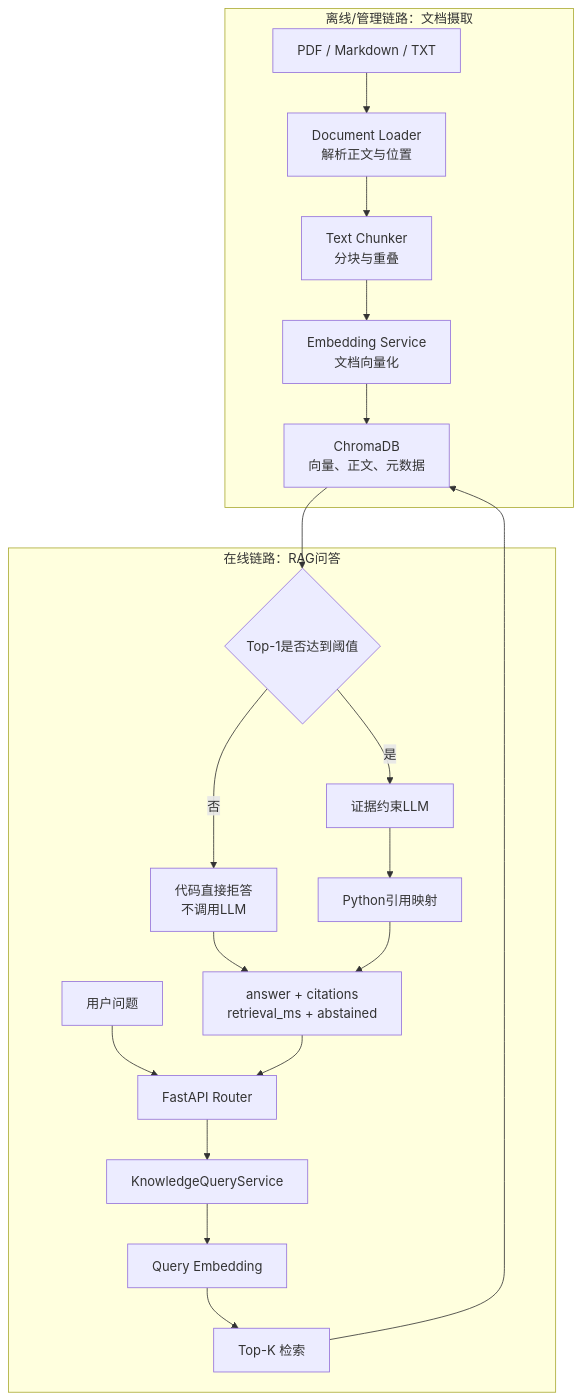
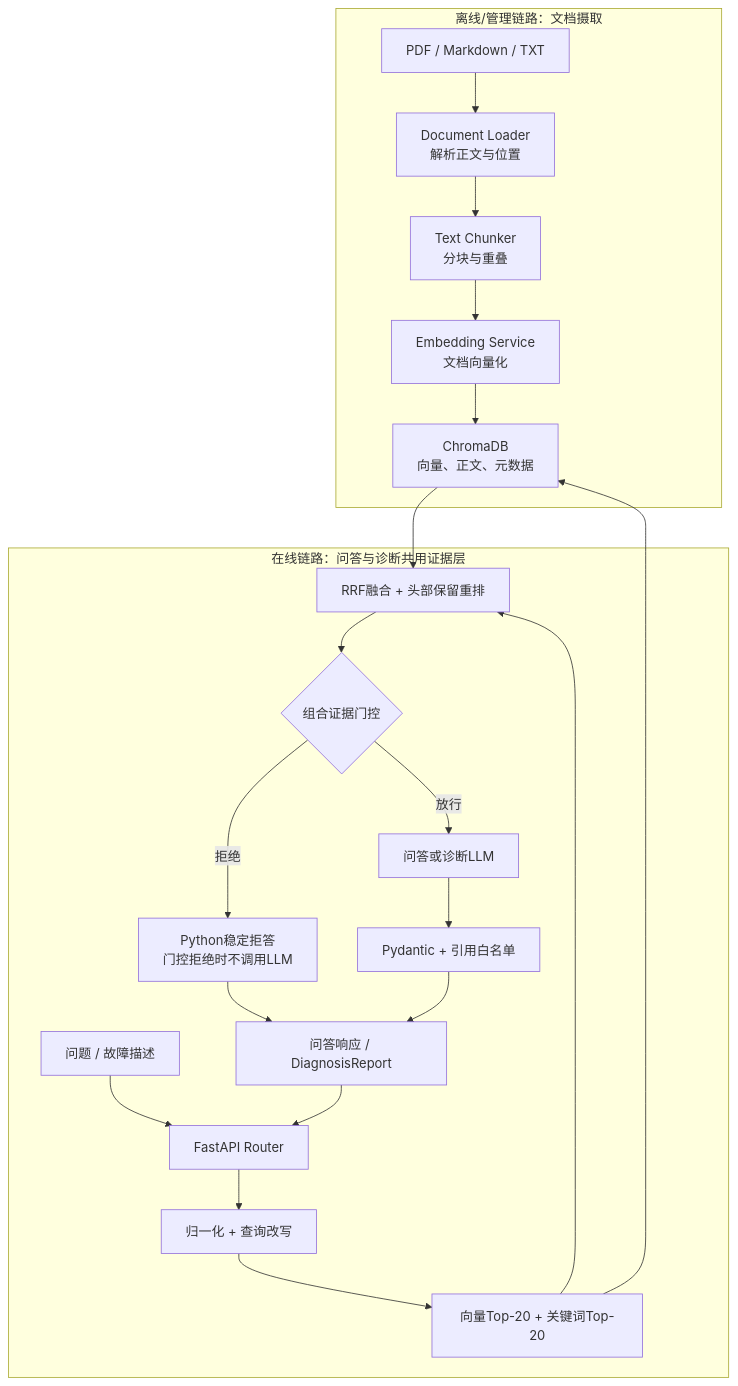
The diagram in README.md (coffeeBehindTea/analysys-AI-app), drawn with Mermaid before and after one commit. The commit also changed other lines of this file and 105 other files, not shown here.

````diff
--- a/README.md
+++ b/README.md
@@ -44,41 +61,42 @@
 ```mermaid
 flowchart TD
     subgraph Ingestion["离线/管理链路：文档摄取"]
         Source["PDF / Markdown / TXT"]
         Loader["Document Loader<br/>解析正文与位置"]
         Chunker["Text Chunker<br/>分块与重叠"]
         EmbedDocument["Embedding Service<br/>文档向量化"]
         Chroma["ChromaDB<br/>向量、正文、元数据"]
 
         Source --> Loader
         Loader --> Chunker
         Chunker --> EmbedDocument
         EmbedDocument --> Chroma
     end
 
-    subgraph Query["在线链路：RAG问答"]
-        User["用户问题"]
+    subgraph Query["在线链路：问答与诊断共用证据层"]
+        User["问题 / 故障描述"]
         Router["FastAPI Router"]
-        QueryService["KnowledgeQueryService"]
-        QueryEmbedding["Query Embedding"]
-        Retrieve["Top-K 检索"]
-        Gate{"Top-1是否达到阈值"}
-        Abstain["代码直接拒答<br/>不调用LLM"]
-        AnswerLLM["证据约束LLM"]
-        Citation["Python引用映射"]
-        Response["answer + citations<br/>retrieval_ms + abstained"]
+        Rewrite["归一化 + 查询改写"]
+        Dual["向量Top-20 + 关键词Top-20"]
+        Fusion["RRF融合 + 头部保留重排"]
+        Gate{"组合证据门控"}
+        Abstain["Python稳定拒答<br/>门控拒绝时不调用LLM"]
+        AnswerLLM["问答或诊断LLM"]
+        Validate["Pydantic + 引用白名单"]
+        Response["问答响应 / DiagnosisReport"]
 
         User --> Router
-        Router --> QueryService
-        QueryService --> QueryEmbedding
-        QueryEmbedding --> Retrieve
-        Retrieve --> Chroma
-        Chroma --> Gate
-        Gate -- 否 --> Abstain
-        Gate -- 是 --> AnswerLLM
-        AnswerLLM --> Citation
+        Router --> Rewrite
+        Rewrite --> Dual
+        Dual --> Chroma
+        Chroma --> Fusion
+        Dual --> Fusion
+        Fusion --> Gate
+        Gate -- 拒绝 --> Abstain
+        Gate -- 放行 --> AnswerLLM
+        AnswerLLM --> Validate
         Abstain --> Response
-        Citation --> Response
+        Validate --> Response
         Response --> Router
     end
 ```
````
